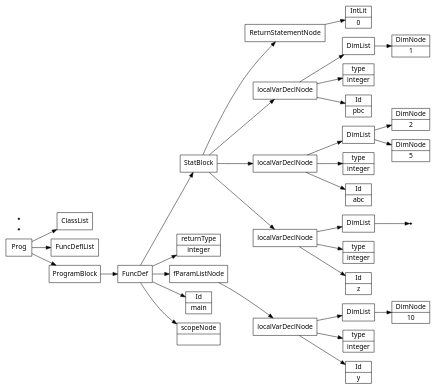
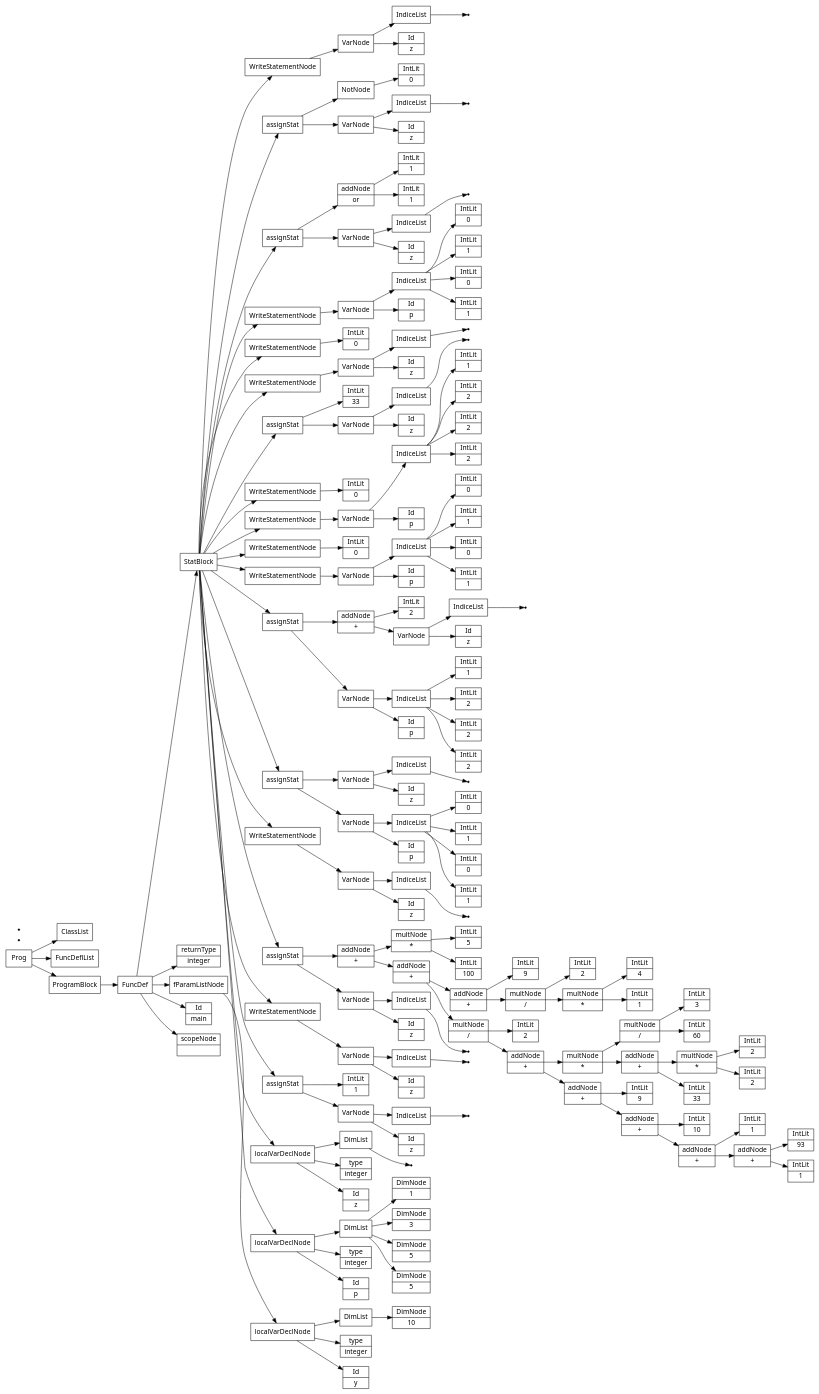
One commit to Saf1u/Kompiler changed the diagram in files/semantictests/testc.src.ast.dot. Above: the diagram before and after it, drawn with Graphviz. The commit also changed 10 other files, not shown here.

```diff
--- a/files/semantictests/testc.src.ast.dot
+++ b/files/semantictests/testc.src.ast.dot
@@ -14,58 +14,330 @@
 9[label="fParamListNode"];
 9->8;
 10[label="returnType|integer"];
-12[label="Id|z"];
+12[label="Id|p"];
 13[label="type|integer"];
-none15[shape="point"];
-16[label="DimList"];
-16->none15;
-17[label="localVarDeclNode"];
-17->16;
-17->13;
-17->12;
-18[label="Id|abc"];
-19[label="type|integer"];
-21[label="DimNode|5"];
-22[label="DimNode|2"];
-23[label="DimList"];
-23->22;
-23->21;
-24[label="localVarDeclNode"];
-24->23;
-24->19;
-24->18;
-25[label="Id|pbc"];
-26[label="type|integer"];
-28[label="DimNode|1"];
-29[label="DimList"];
-29->28;
-30[label="localVarDeclNode"];
-30->29;
-30->26;
-30->25;
-31[label="IntLit|0"];
-32[label="ReturnStatementNode"];
-32->31;
-33[label="StatBlock"];
+15[label="DimNode|5"];
+16[label="DimNode|5"];
+17[label="DimNode|3"];
+18[label="DimNode|1"];
+19[label="DimList"];
+19->18;
+19->17;
+19->16;
+19->15;
+20[label="localVarDeclNode"];
+20->19;
+20->13;
+20->12;
+21[label="Id|z"];
+22[label="type|integer"];
+none24[shape="point"];
+25[label="DimList"];
+25->none24;
+26[label="localVarDeclNode"];
+26->25;
+26->22;
+26->21;
+27[label="Id|z"];
+none29[shape="point"];
+30[label="IndiceList"];
+30->none29;
+31[label="VarNode"];
+31->30;
+31->27;
+32[label="IntLit|1"];
+33[label="assignStat"];
 33->32;
-33->30;
-33->24;
-33->17;
-34[label="FuncDef"];
+33->31;
+34[label="Id|z"];
+none36[shape="point"];
+37[label="IndiceList"];
+37->none36;
+38[label="VarNode"];
+38->37;
+38->34;
+39[label="WriteStatementNode"];
+39->38;
+40[label="Id|z"];
+none42[shape="point"];
+43[label="IndiceList"];
+43->none42;
+44[label="VarNode"];
+44->43;
+44->40;
+45[label="IntLit|1"];
+46[label="addNode|+"];
+47[label="IntLit|93"];
+46->47;
+46->45;
+48[label="addNode|+"];
+49[label="IntLit|1"];
+48->49;
+48->46;
+50[label="addNode|+"];
+51[label="IntLit|10"];
+50->51;
+50->48;
+52[label="addNode|+"];
+53[label="IntLit|9"];
+52->53;
+52->50;
+54[label="addNode|+"];
+55[label="IntLit|33"];
+56[label="addNode|+"];
+57[label="IntLit|2"];
+58[label="multNode|*"];
+59[label="IntLit|2"];
+58->59;
+58->57;
+56->58;
+56->55;
+60[label="multNode|*"];
+61[label="IntLit|60"];
+62[label="multNode|/"];
+63[label="IntLit|3"];
+62->63;
+62->61;
+60->62;
+60->56;
+54->60;
+54->52;
+64[label="multNode|/"];
+65[label="IntLit|2"];
+64->65;
+64->54;
+66[label="addNode|+"];
+67[label="IntLit|1"];
+68[label="multNode|*"];
+69[label="IntLit|4"];
+68->69;
+68->67;
+70[label="multNode|/"];
+71[label="IntLit|2"];
+70->71;
+70->68;
+72[label="addNode|+"];
+73[label="IntLit|9"];
+72->73;
+72->70;
+66->72;
+66->64;
+74[label="addNode|+"];
+75[label="IntLit|100"];
+76[label="multNode|*"];
+77[label="IntLit|5"];
+76->77;
+76->75;
+74->76;
+74->66;
+78[label="assignStat"];
+78->74;
+78->44;
+79[label="Id|z"];
+none81[shape="point"];
+82[label="IndiceList"];
+82->none81;
+83[label="VarNode"];
+83->82;
+83->79;
+84[label="WriteStatementNode"];
+84->83;
+85[label="Id|p"];
+87[label="IntLit|1"];
+88[label="IntLit|0"];
+89[label="IntLit|1"];
+90[label="IntLit|0"];
+91[label="IndiceList"];
+91->90;
+91->89;
+91->88;
+91->87;
+92[label="VarNode"];
+92->91;
+92->85;
+93[label="Id|z"];
+none95[shape="point"];
+96[label="IndiceList"];
+96->none95;
+97[label="VarNode"];
+97->96;
+97->93;
+98[label="assignStat"];
+98->97;
+98->92;
+99[label="Id|p"];
+101[label="IntLit|2"];
+102[label="IntLit|2"];
+103[label="IntLit|2"];
+104[label="IntLit|1"];
+105[label="IndiceList"];
+105->104;
+105->103;
+105->102;
+105->101;
+106[label="VarNode"];
+106->105;
+106->99;
+107[label="Id|z"];
+none109[shape="point"];
+110[label="IndiceList"];
+110->none109;
+111[label="VarNode"];
+111->110;
+111->107;
+112[label="addNode|+"];
+113[label="IntLit|2"];
+112->113;
+112->111;
+114[label="assignStat"];
+114->112;
+114->106;
+115[label="Id|p"];
+117[label="IntLit|1"];
+118[label="IntLit|0"];
+119[label="IntLit|1"];
+120[label="IntLit|0"];
+121[label="IndiceList"];
+121->120;
+121->119;
+121->118;
+121->117;
+122[label="VarNode"];
+122->121;
+122->115;
+123[label="WriteStatementNode"];
+123->122;
+124[label="IntLit|0"];
+125[label="WriteStatementNode"];
+125->124;
+126[label="Id|p"];
+128[label="IntLit|2"];
+129[label="IntLit|2"];
+130[label="IntLit|2"];
+131[label="IntLit|1"];
+132[label="IndiceList"];
+132->131;
+132->130;
+132->129;
+132->128;
+133[label="VarNode"];
+133->132;
+133->126;
+134[label="WriteStatementNode"];
+134->133;
+135[label="IntLit|0"];
+136[label="WriteStatementNode"];
+136->135;
+137[label="Id|z"];
+none139[shape="point"];
+140[label="IndiceList"];
+140->none139;
+141[label="VarNode"];
+141->140;
+141->137;
+142[label="IntLit|33"];
+143[label="assignStat"];
+143->142;
+143->141;
+144[label="Id|z"];
+none146[shape="point"];
+147[label="IndiceList"];
+147->none146;
+148[label="VarNode"];
+148->147;
+148->144;
+149[label="WriteStatementNode"];
+149->148;
+150[label="IntLit|0"];
+151[label="WriteStatementNode"];
+151->150;
+152[label="Id|p"];
+154[label="IntLit|1"];
+155[label="IntLit|0"];
+156[label="IntLit|1"];
+157[label="IntLit|0"];
+158[label="IndiceList"];
+158->157;
+158->156;
+158->155;
+158->154;
+159[label="VarNode"];
+159->158;
+159->152;
+160[label="WriteStatementNode"];
+160->159;
+161[label="Id|z"];
+none163[shape="point"];
+164[label="IndiceList"];
+164->none163;
+165[label="VarNode"];
+165->164;
+165->161;
+166[label="IntLit|1"];
+167[label="addNode|or"];
+168[label="IntLit|1"];
+167->168;
+167->166;
+169[label="assignStat"];
+169->167;
+169->165;
+170[label="Id|z"];
+none172[shape="point"];
+173[label="IndiceList"];
+173->none172;
+174[label="VarNode"];
+174->173;
+174->170;
+175[label="IntLit|0"];
+176[label="NotNode"];
+176->175;
+177[label="assignStat"];
+177->176;
+177->174;
+178[label="Id|z"];
+none180[shape="point"];
+181[label="IndiceList"];
+181->none180;
+182[label="VarNode"];
+182->181;
+182->178;
+183[label="WriteStatementNode"];
+183->182;
+184[label="StatBlock"];
+184->183;
+184->177;
+184->169;
+184->160;
+184->151;
+184->149;
+184->143;
+184->136;
+184->134;
+184->125;
+184->123;
+184->114;
+184->98;
+184->84;
+184->78;
+184->39;
+184->33;
+184->26;
+184->20;
+185[label="FuncDef"];
 0[label="Id|main"];
-34->33;
-34->10;
-34->9;
-34->0;
-34->1;
-35[label="ClassList"];
-36[label="FuncDeflList"];
-37[label="Prog"];
-38[label="ProgramBlock"];
-38->34;
-none39[shape="point"];
-none40[shape="point"];
-37->35;
-37->36;
-37->38;
+185->184;
+185->10;
+185->9;
+185->0;
+185->1;
+186[label="ClassList"];
+187[label="FuncDeflList"];
+188[label="Prog"];
+189[label="ProgramBlock"];
+189->185;
+none190[shape="point"];
+none191[shape="point"];
+188->186;
+188->187;
+188->189;
 }
```
